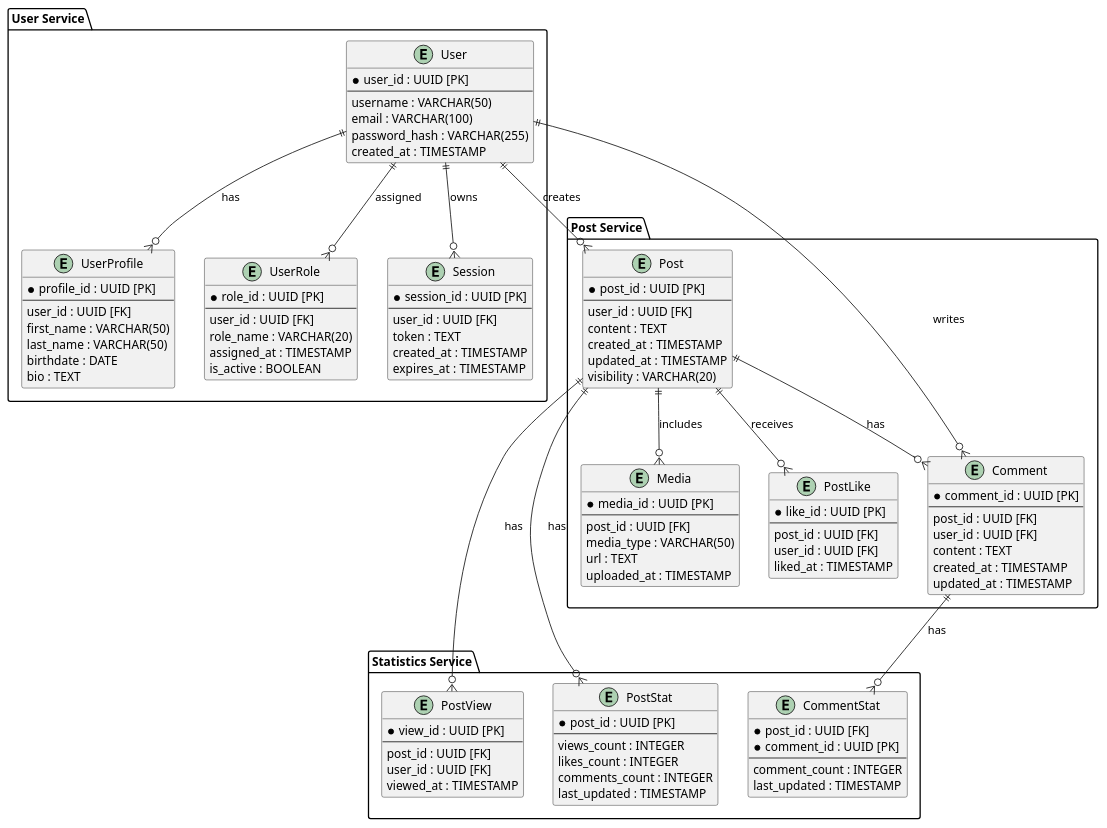
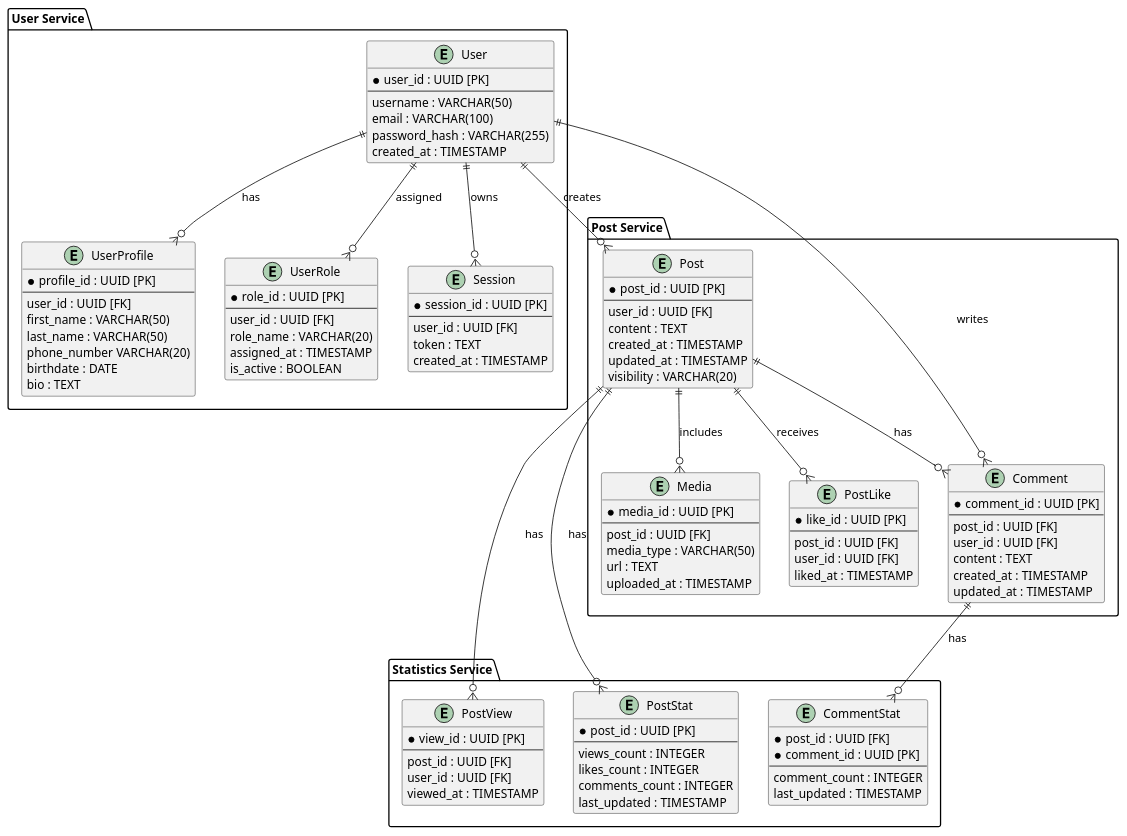
The diagram in docs/er-diagram.puml (vdovetzi/social-network), drawn with PlantUML before and after one commit. The commit also changed 15 other files, not shown here.

```diff
--- a/docs/er-diagram.puml
+++ b/docs/er-diagram.puml
@@ -1,123 +1,123 @@
 @startuml
 
 package "User Service" {
 entity User {
     * user_id : UUID [PK]
     --
     username : VARCHAR(50)
     email : VARCHAR(100)
     password_hash : VARCHAR(255)
     created_at : TIMESTAMP
 }
 
 entity UserProfile {
     * profile_id : UUID [PK]
     --
     user_id : UUID [FK]
     first_name : VARCHAR(50)
     last_name : VARCHAR(50)
+    phone_number VARCHAR(20)
     birthdate : DATE
     bio : TEXT
 }
 
 entity UserRole {
     * role_id : UUID [PK]
     --
     user_id : UUID [FK]
     role_name : VARCHAR(20)
     assigned_at : TIMESTAMP
     is_active : BOOLEAN
 }
 
 entity Session {
     * session_id : UUID [PK]
     --
     user_id : UUID [FK]
     token : TEXT
     created_at : TIMESTAMP
-    expires_at : TIMESTAMP
 }
 
 User ||--o{ UserProfile : has
 User ||--o{ UserRole : assigned
 User ||--o{ Session : owns
 }
 
 package "Post Service" {
     entity Post {
     * post_id : UUID [PK]
     --
     user_id : UUID [FK]
     content : TEXT
     created_at : TIMESTAMP
     updated_at : TIMESTAMP
     visibility : VARCHAR(20)
 }
 
 entity Comment {
     * comment_id : UUID [PK]
     --
     post_id : UUID [FK]
     user_id : UUID [FK]
     content : TEXT
     created_at : TIMESTAMP
     updated_at : TIMESTAMP
 }
 
 entity Media {
     * media_id : UUID [PK]
     --
     post_id : UUID [FK]
     media_type : VARCHAR(50)
     url : TEXT
     uploaded_at : TIMESTAMP
 }
 
 entity PostLike {
     * like_id : UUID [PK]
     --
     post_id : UUID [FK]
     user_id : UUID [FK]
     liked_at : TIMESTAMP
 }
 
 Post ||--o{ Comment : has
 Post ||--o{ Media : includes
 Post ||--o{ PostLike : receives
 }
 
 package "Statistics Service" {
 entity PostView {
     * view_id : UUID [PK]
     --
     post_id : UUID [FK]
     user_id : UUID [FK]
     viewed_at : TIMESTAMP
 }
 
 entity PostStat {
     * post_id : UUID [PK]
     --
     views_count : INTEGER
     likes_count : INTEGER
     comments_count : INTEGER
     last_updated : TIMESTAMP
 }
 
 entity CommentStat {
     * post_id : UUID [FK]
     * comment_id : UUID [PK]
     --
     comment_count : INTEGER
     last_updated : TIMESTAMP
 }
 
 Post ||--o{ PostView : has
 Post ||--o{ PostStat : has
 Comment ||--o{ CommentStat : has
 }
 
 User ||--o{ Post : "creates"
 User ||--o{ Comment : "writes"
 
 @enduml
```
